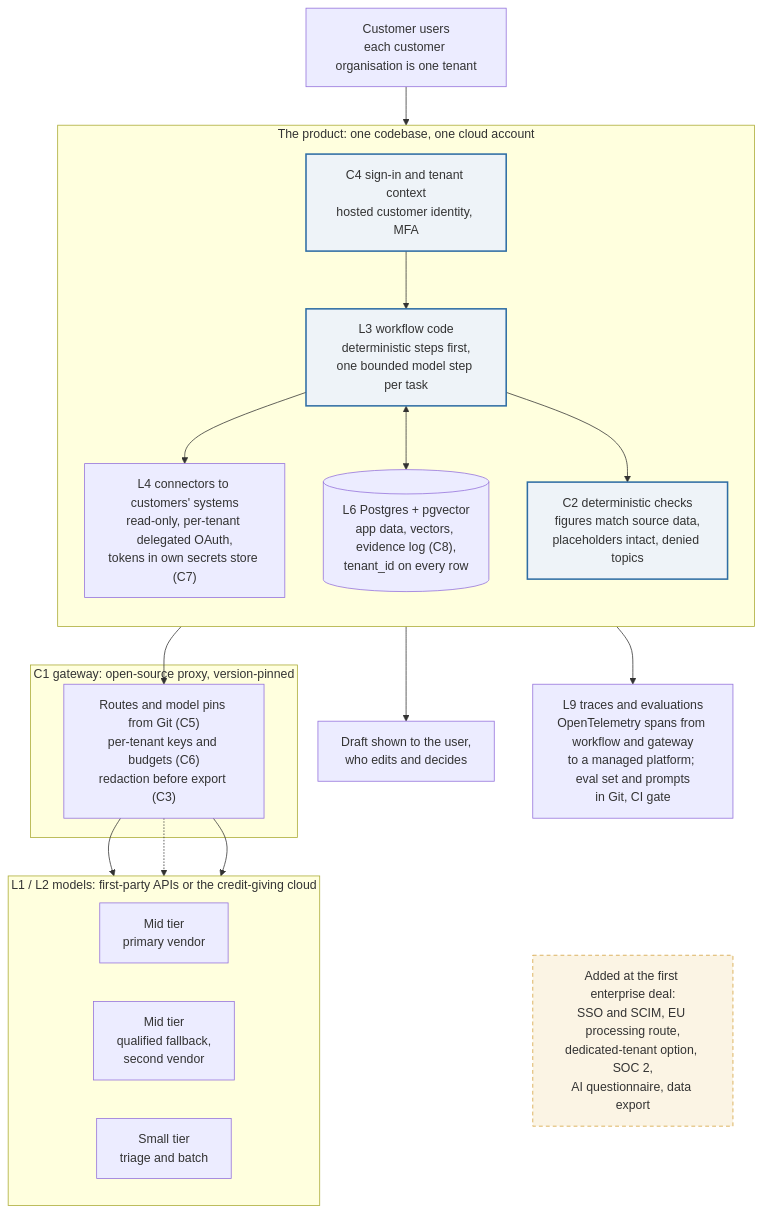
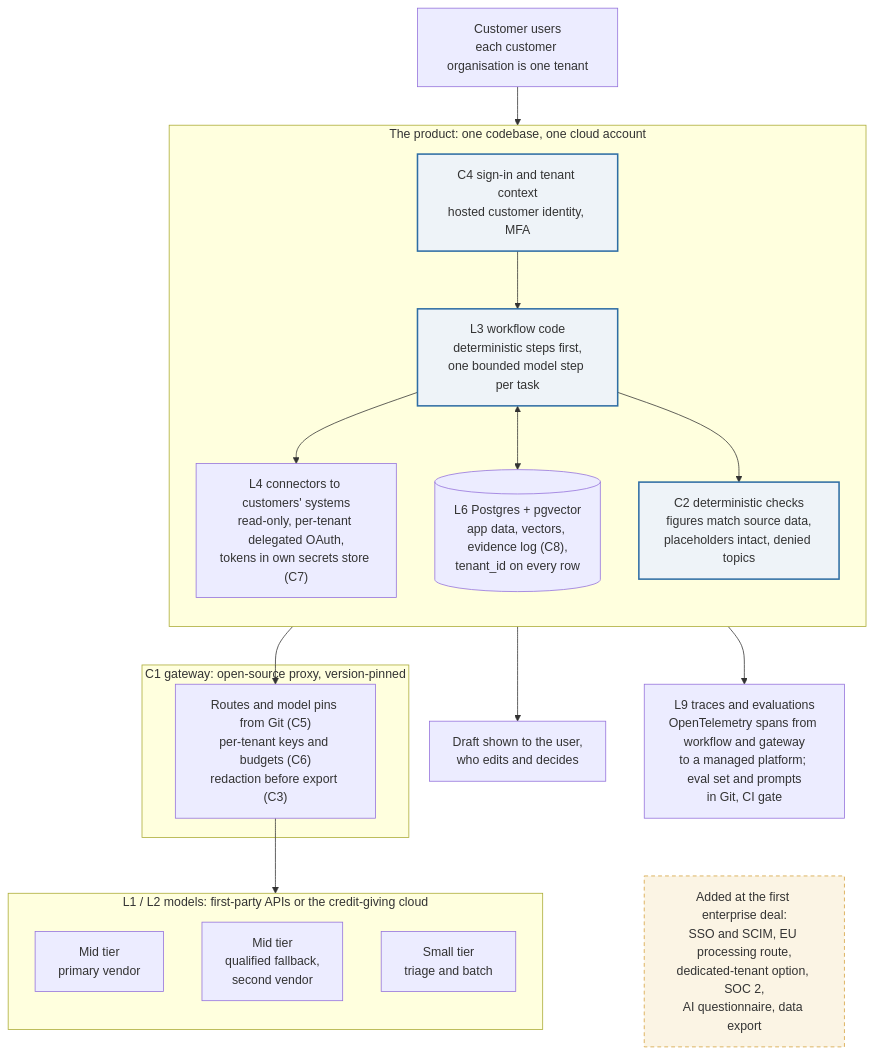
Before and after one commit to gitzerobegin/genai_stack: the diagram in Enterprise_GenAI_Stack_Oct2026/08_Graphic/diagrams/SU-1.md, drawn with Mermaid. The commit also changed 15 other files, not shown here.

````diff
--- a/Enterprise_GenAI_Stack_Oct2026/08_Graphic/diagrams/SU-1.md
+++ b/Enterprise_GenAI_Stack_Oct2026/08_Graphic/diagrams/SU-1.md
@@ -4,36 +4,35 @@
 ```mermaid
 flowchart TD
   classDef later fill:#FBF4E4,stroke:#D4A13A,stroke-dasharray:5 4;
   classDef own fill:#EEF3F8,stroke:#2E6DA4,stroke-width:2px;
   U["Customer users<br/>each customer organisation is one tenant"]
   subgraph APP["The product: one codebase, one cloud account"]
     direction TB
     AUTH["C4 sign-in and tenant context<br/>hosted customer identity, MFA"]:::own
     WF["L3 workflow code<br/>deterministic steps first,<br/>one bounded model step per task"]:::own
     TOOLS["L4 connectors to customers' systems<br/>read-only, per-tenant delegated OAuth,<br/>tokens in own secrets store (C7)"]
     PG[("L6 Postgres + pgvector<br/>app data, vectors, evidence log (C8),<br/>tenant_id on every row")]
     CHK["C2 deterministic checks<br/>figures match source data,<br/>placeholders intact, denied topics"]:::own
   end
   subgraph GW["C1 gateway: open-source proxy, version-pinned"]
     KEYS["Routes and model pins from Git (C5)<br/>per-tenant keys and budgets (C6)<br/>redaction before export (C3)"]
   end
   subgraph MOD["L1 / L2 models: first-party APIs or the credit-giving cloud"]
-    direction LR
+    direction TB
     M1["Mid tier<br/>primary vendor"]
     M2["Mid tier<br/>qualified fallback,<br/>second vendor"]
     M3["Small tier<br/>triage and batch"]
   end
   OBS["L9 traces and evaluations<br/>OpenTelemetry spans from workflow and gateway<br/>to a managed platform; eval set and prompts<br/>in Git, CI gate"]
   OUT["Draft shown to the user,<br/>who edits and decides"]
   LATER["Added at the first enterprise deal:<br/>SSO and SCIM, EU processing route,<br/>dedicated-tenant option, SOC 2,<br/>AI questionnaire, data export"]:::later
-  U --> AUTH --> WF
+  U --> APP
+  AUTH --> WF
   WF --> TOOLS
   WF <--> PG
   WF --> KEYS
-  KEYS --> M1
-  KEYS -.-> M2
-  KEYS --> M3
+  KEYS --> MOD
   WF --> CHK --> OUT
   WF --> OBS
   OBS ~~~ LATER
 ```
````
